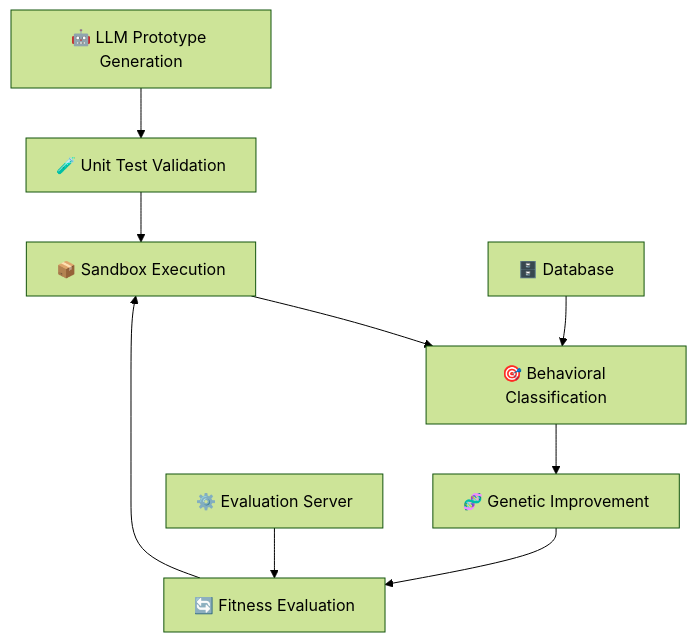
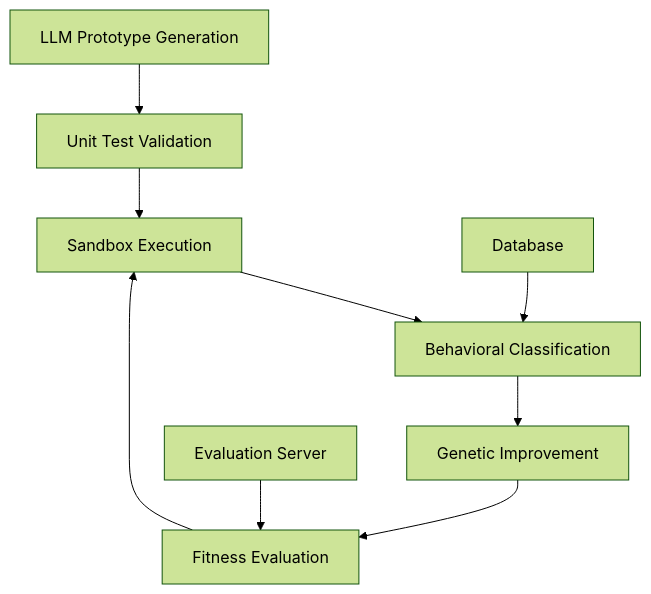
The diagram in README.md (schladt/GIMC), drawn with Mermaid (forest theme) before and after one commit.

Commit message:
fixed mermaid chart in readme

````diff
--- a/README.md
+++ b/README.md
@@ -32,12 +32,12 @@
 ```mermaid
-graph TB
-    A[🤖 LLM Prototype Generation] --> B[🧪 Unit Test Validation]
-    B --> C[📦 Sandbox Execution]
-    C --> D[🎯 Behavioral Classification]
-    D --> E[🧬 Genetic Improvement]
-    E --> F[🔄 Fitness Evaluation]
+flowchart TB
+    A["LLM Prototype Generation"] --> B["Unit Test Validation"]
+    B --> C["Sandbox Execution"]
+    C --> D["Behavioral Classification"]
+    D --> E["Genetic Improvement"]
+    E --> F["Fitness Evaluation"]
     F --> C
-    
-    G[🗄️ Database] --> D
-    H[⚙️ Evaluation Server] --> F
+
+    G["Database"] --> D
+    H["Evaluation Server"] --> F
 ```
````
